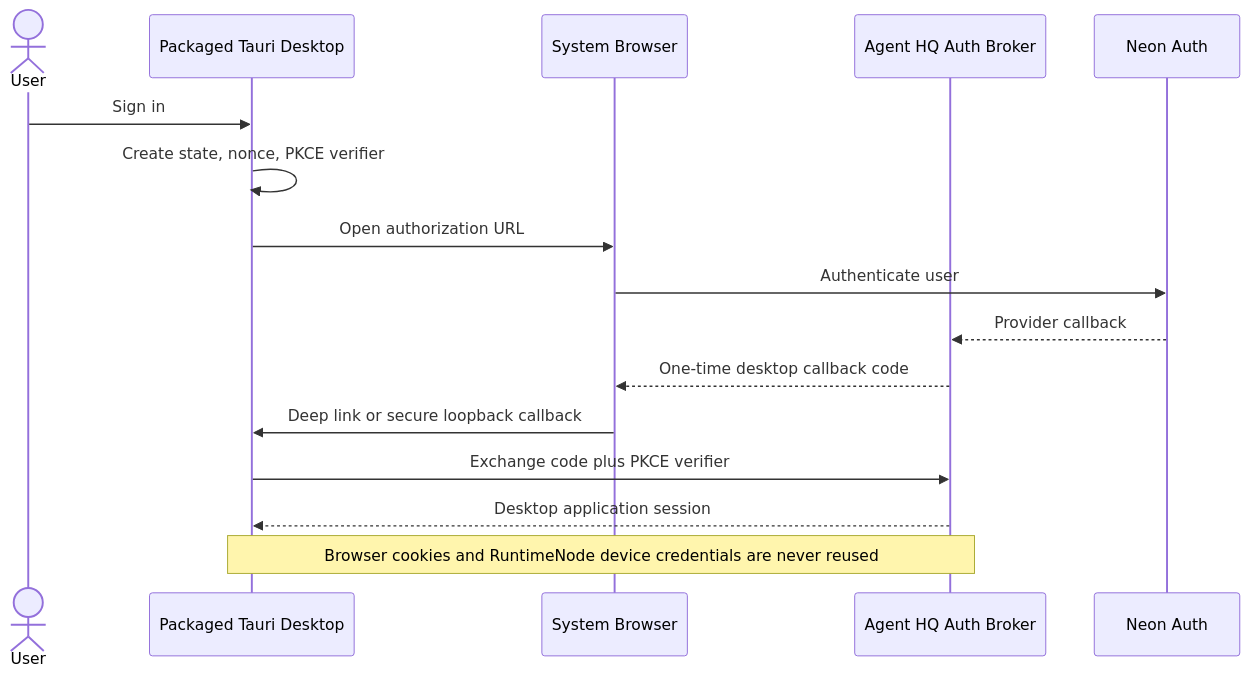
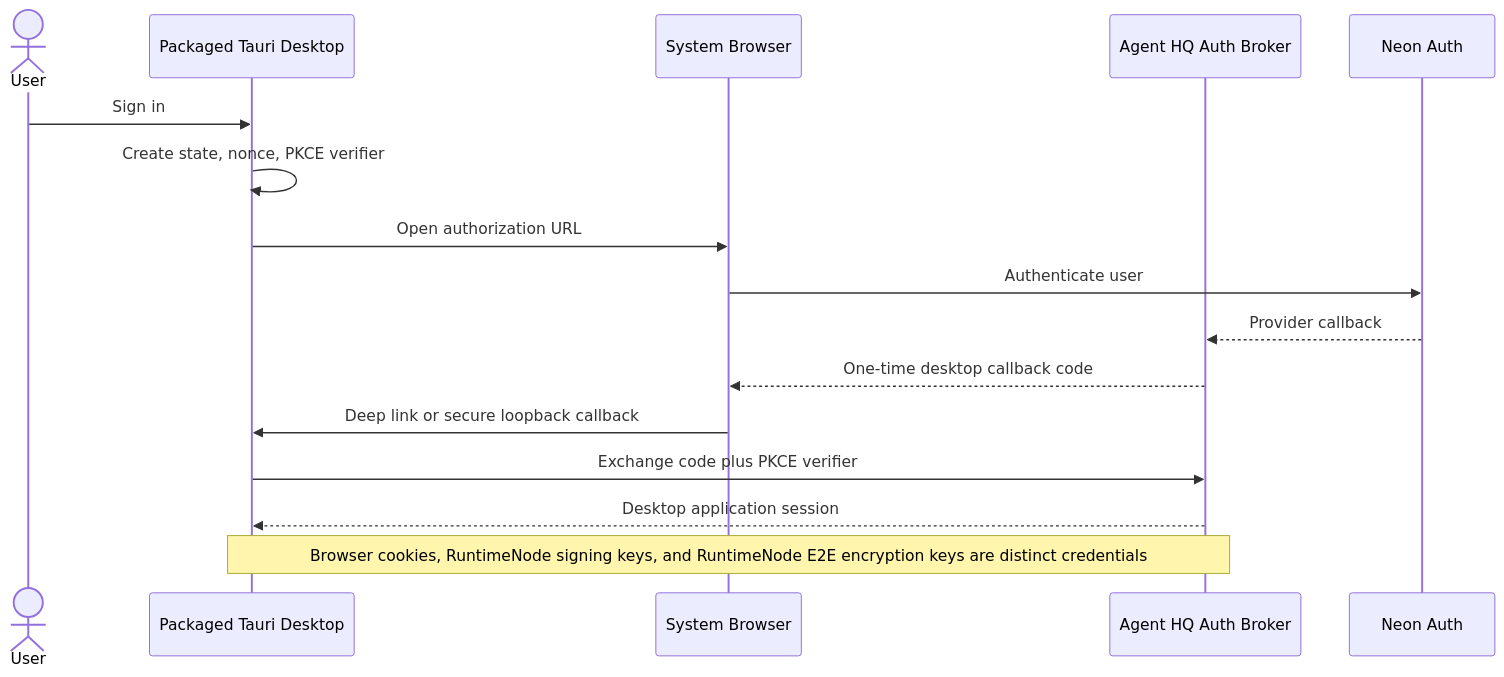
One commit to adea-ai/adea changed diagram 13 of 18 in docs/architecture/diagram-sources.md. Above: the diagram before and after it, drawn with Mermaid. The commit also changed other lines of this file, not shown here.

Commit message:
docs: reconcile Agent HQ architecture diagrams with canonical source

````diff
--- a/docs/architecture/diagram-sources.md
+++ b/docs/architecture/diagram-sources.md
@@ -383,18 +457,18 @@
 ```mermaid
 sequenceDiagram
     actor U as User
     participant D as Packaged Tauri Desktop
     participant B as System Browser
     participant A as Agent HQ Auth Broker
     participant N as Neon Auth
     U->>D: Sign in
     D->>D: Create state, nonce, PKCE verifier
     D->>B: Open authorization URL
     B->>N: Authenticate user
     N-->>A: Provider callback
     A-->>B: One-time desktop callback code
     B->>D: Deep link or secure loopback callback
     D->>A: Exchange code plus PKCE verifier
     A-->>D: Desktop application session
-    Note over D,A: Browser cookies and RuntimeNode device credentials are never reused
+    Note over D,A: Browser cookies, RuntimeNode signing keys, and RuntimeNode E2E encryption keys are distinct credentials
 ```
````
